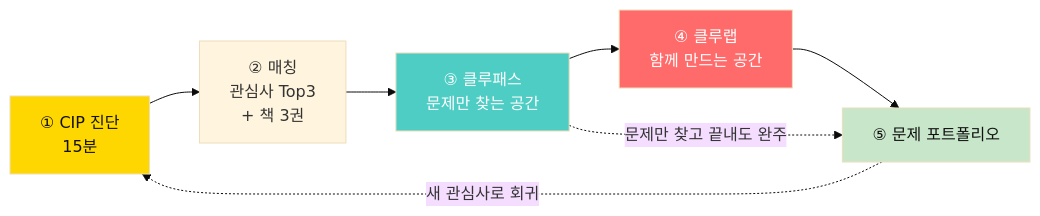
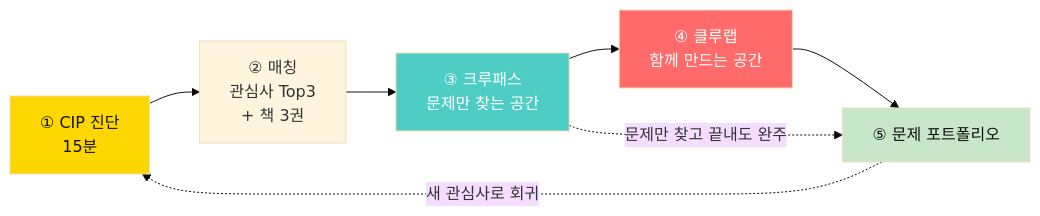
One commit to Collegenie-X/ReadingClueProject changed the first of 19 diagrams in 아이디어/7단계-리딩클루_관심사50_클루패스_설계서.md. Above: the diagram before and after it, drawn with Mermaid (base theme). The commit also changed other lines of this file and 9 other files, not shown here.

````diff
--- a/아이디어/7단계-리딩클루_관심사50_클루패스_설계서.md
+++ b/아이디어/7단계-리딩클루_관심사50_클루패스_설계서.md
@@ -110,14 +110,14 @@
 ```mermaid
 flowchart LR
     A["① CIP 진단<br/>15분"] --> B["② 매칭<br/>관심사 Top3<br/>+ 책 3권"]
-    B --> C["③ 클루패스<br/>문제만 찾는 공간"]
+    B --> C["③ 크루패스<br/>문제만 찾는 공간"]
     C --> D["④ 클루랩<br/>함께 만드는 공간"]
     D --> E["⑤ 문제 포트폴리오"]
     E -.새 관심사로 회귀.-> A
     C -.문제만 찾고 끝내도 완주.-> E
 
     style A fill:#FFD700,color:#111
     style C fill:#4ECDC4,color:#fff
     style D fill:#FF6B6B,color:#fff
     style E fill:#c8e6c9,color:#111
 ```
````
